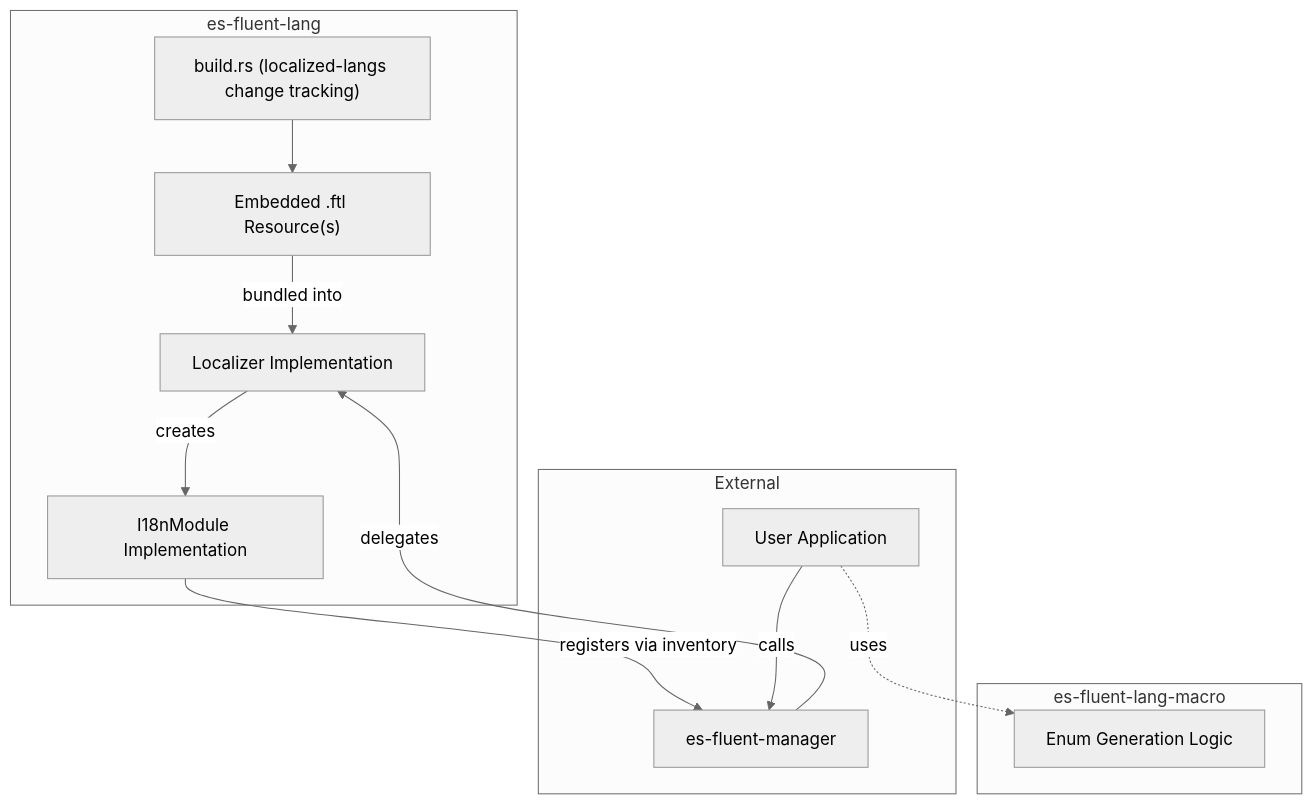
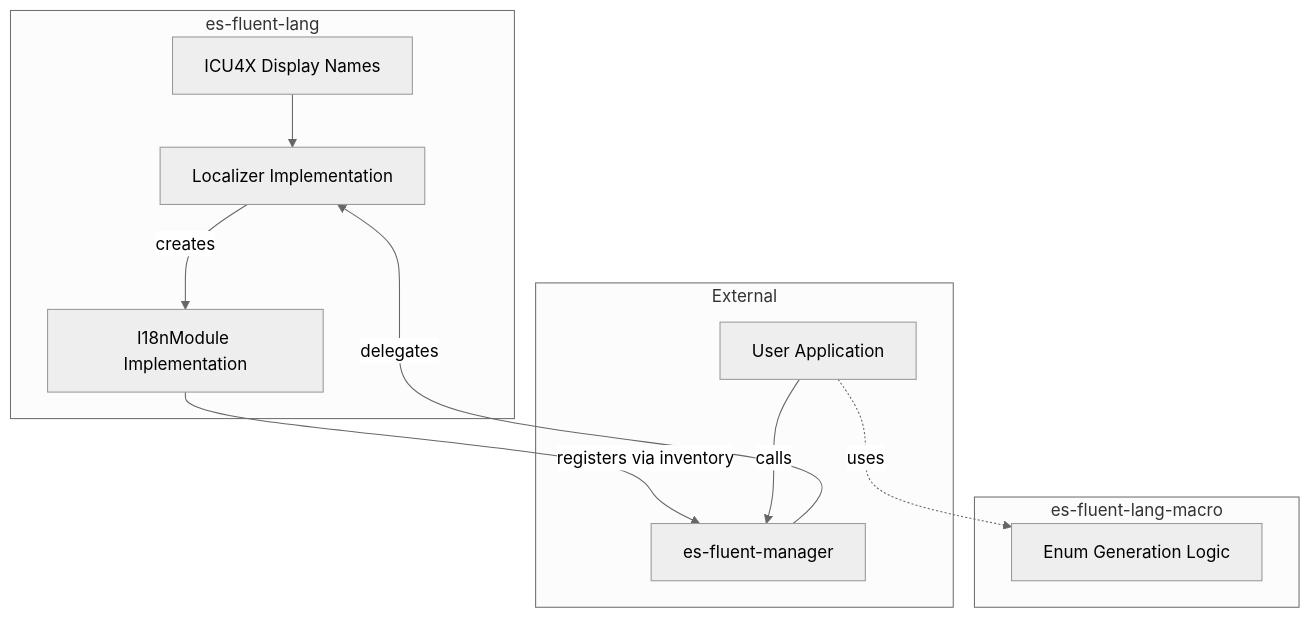
One commit to stayhydated/es-fluent changed the diagram in crates/es-fluent-lang/docs/ARCHITECTURE.md. Above: the diagram before and after it, drawn with Mermaid (neutral theme). The commit also changed other lines of this file and 128 other files, not shown here.

````diff
--- a/crates/es-fluent-lang/docs/ARCHITECTURE.md
+++ b/crates/es-fluent-lang/docs/ARCHITECTURE.md
@@ -15,26 +15,24 @@
 ```mermaid
 flowchart TD
     subgraph CRATE["es-fluent-lang"]
-        RES["Embedded .ftl Resource(s)"]
+        ICU["ICU4X Display Names"]
         LOC["Localizer Implementation"]
         MOD["I18nModule Implementation"]
-        BUILD["build.rs (localized-langs change tracking)"]
     end
 
     subgraph MACRO["es-fluent-lang-macro"]
         GEN["Enum Generation Logic"]
     end
 
     subgraph EXT["External"]
         MGR["es-fluent-manager"]
         APP["User Application"]
     end
 
-    RES -->|bundled into| LOC
-    BUILD --> RES
+    ICU --> LOC
     LOC -->|creates| MOD
     MOD -->|registers via inventory| MGR
     APP -->|calls| MGR
     MGR -->|delegates| LOC
     APP -.->|uses| GEN
 ```
````
